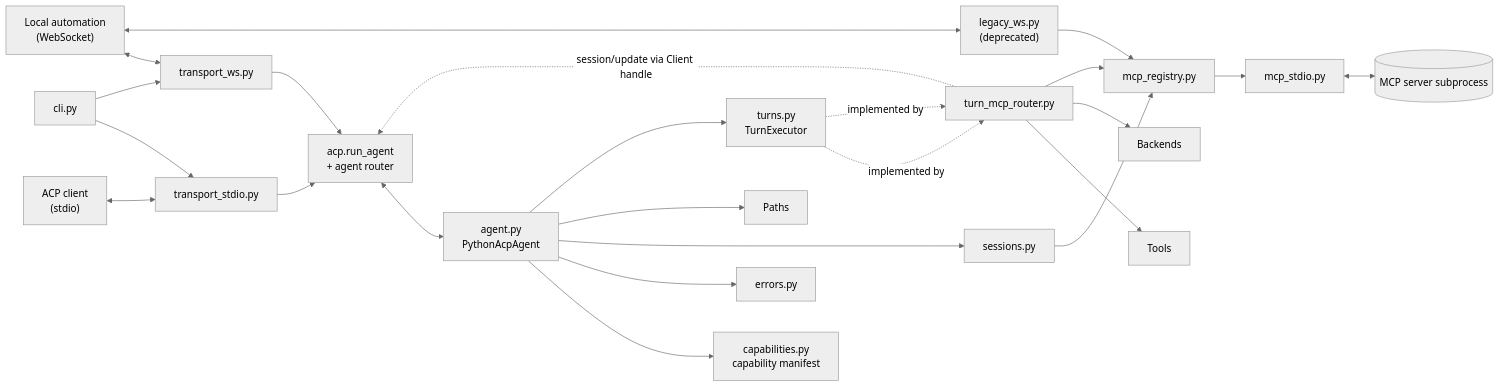
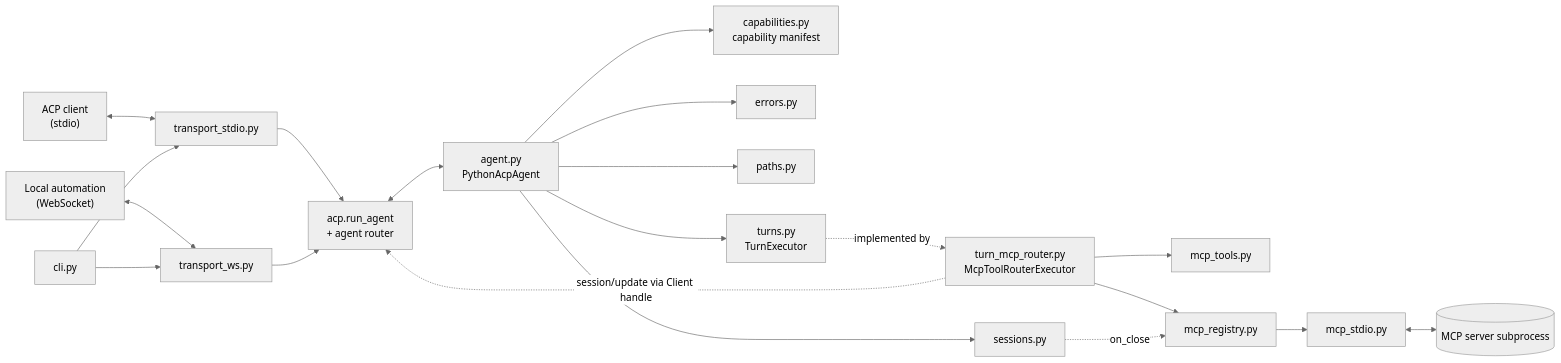
One commit to Digital-Dimentia/python-acp changed the third of 8 diagrams in ARCHITECTURE.md. Above: the diagram before and after it, drawn with Mermaid (neutral theme). The commit also changed other lines of this file and 23 other files, not shown here.

````diff
--- a/ARCHITECTURE.md
+++ b/ARCHITECTURE.md
@@ -149,44 +143,40 @@
 ```mermaid
 flowchart LR
     Editor["ACP client<br/>(stdio)"]
     WsClient["Local automation<br/>(WebSocket)"]
     CLI["cli.py"]
     TStdio["transport_stdio.py"]
     TWs["transport_ws.py"]
-    Legacy["legacy_ws.py<br/>(deprecated)"]
     SDK["acp.run_agent<br/>+ agent router"]
     Agent["agent.py<br/>PythonAcpAgent"]
     Caps["capabilities.py<br/>capability manifest"]
     Errors["errors.py"]
+    Paths["paths.py"]
     Sessions["sessions.py"]
     Turns["turns.py<br/>TurnExecutor"]
     Router["turn_mcp_router.py<br/>McpToolRouterExecutor"]
-    Router["turn_mcp_router.py"]
+    Tools["mcp_tools.py"]
     Registry["mcp_registry.py"]
     MCPClient["mcp_stdio.py"]
     MCPProc[("MCP server subprocess")]
 
     Editor <--> TStdio
     WsClient <--> TWs
-    WsClient <--> Legacy
     CLI --> TStdio
     CLI --> TWs
     TStdio --> SDK
     TWs --> SDK
     SDK <--> Agent
     Agent --> Caps
     Agent --> Errors
     Agent --> Sessions
     Agent --> Paths
     Agent --> Turns
     Turns -.implemented by.-> Router
     Router --> Tools
-    Router --> Backends
-    Turns -.implemented by.-> Router
-    Legacy --> Registry
     Router --> Registry
-    Sessions --> Registry
+    Sessions -. "on_close" .-> Registry
     Registry --> MCPClient
     MCPClient <--> MCPProc
     Router -. "session/update via Client handle" .-> SDK
 ```
````
